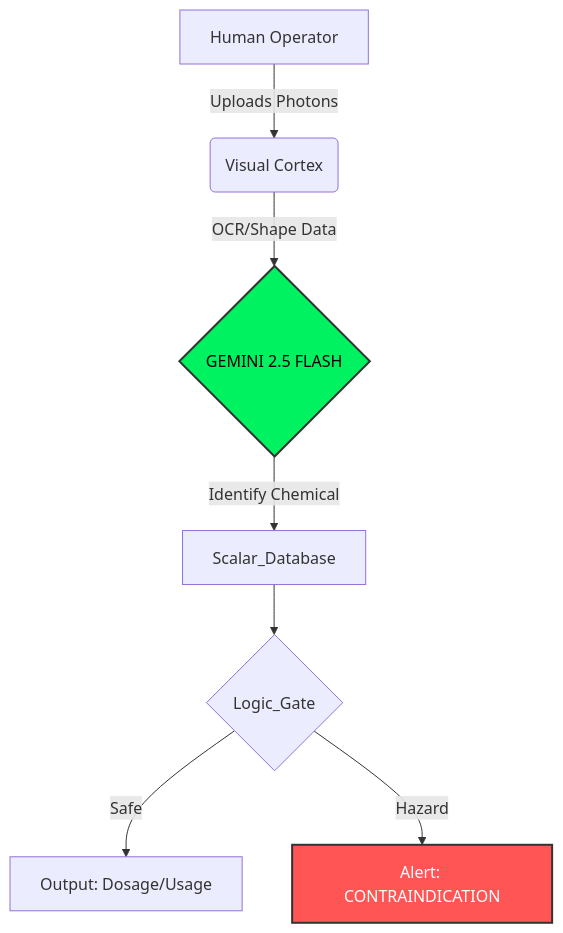
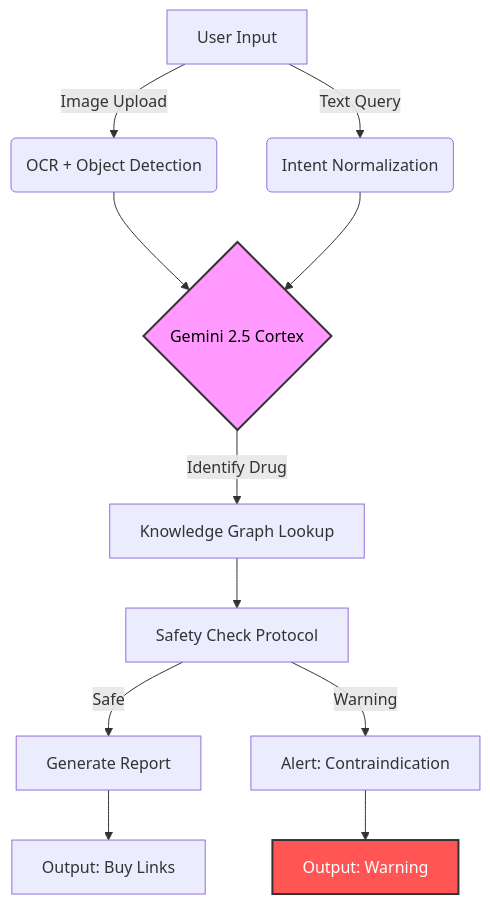
Before and after one commit to manishpatil55/drug-detect-plus: the diagram in README.md, drawn with Mermaid. The commit also changed other lines of this file, not shown here.

````diff
--- a/README.md
+++ b/README.md
@@ -50,12 +41,18 @@
 ```mermaid
 graph TD
-    A[Human Operator] -->|Uploads Photons| B(Visual Cortex)
-    B -->|OCR/Shape Data| C{GEMINI 2.5 FLASH}
-    C -->|Identify Chemical| D[Scalar_Database]
-    D --> E{Logic_Gate}
-    E -->|Safe| F[Output: Dosage/Usage]
-    E -->|Hazard| G[Alert: CONTRAINDICATION]
+    A[User Input] -->|Image Upload| B(OCR + Object Detection)
+    A -->|Text Query| C(Intent Normalization)
+    B --> D{Gemini 2.5 Cortex}
+    C --> D
     
-    style C fill:#00f260,stroke:#333,stroke-width:2px,color:black
-    style G fill:#ff5555,stroke:#333,stroke-width:2px,color:white
+    D -->|Identify Drug| E[Knowledge Graph Lookup]
+    E --> F[Safety Check Protocol]
+    F -->|Safe| G[Generate Report]
+    F -->|Warning| H[Alert: Contraindication]
+    
+    G --> J[Output: Buy Links]
+    H --> K[Output: Warning]
+    
+    style D fill:#f9f,stroke:#333,stroke-width:2px,color:black
+    style K fill:#ff5555,stroke:#333,stroke-width:2px,color:white
 ```
````
